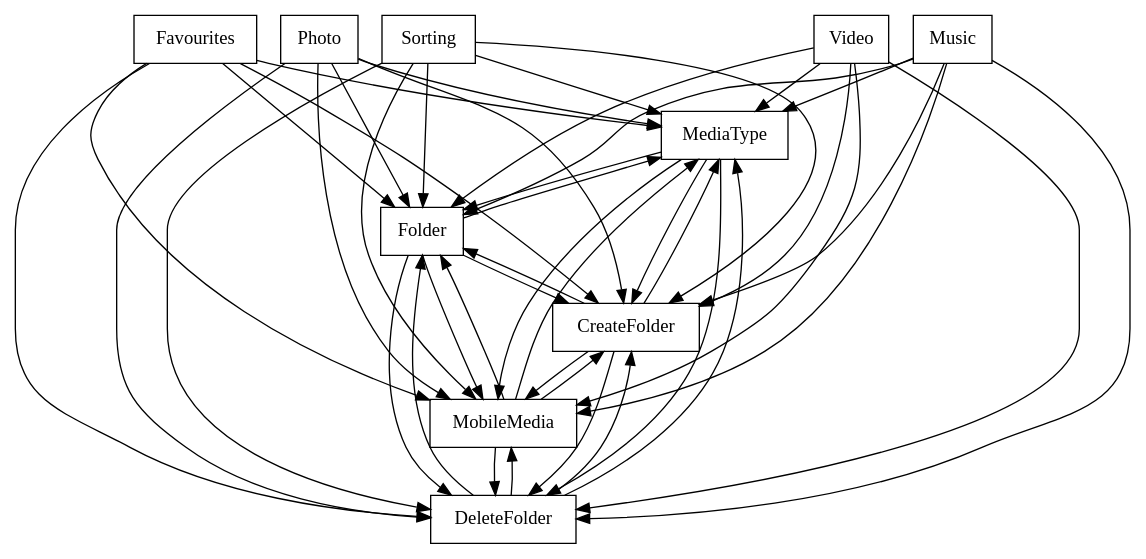
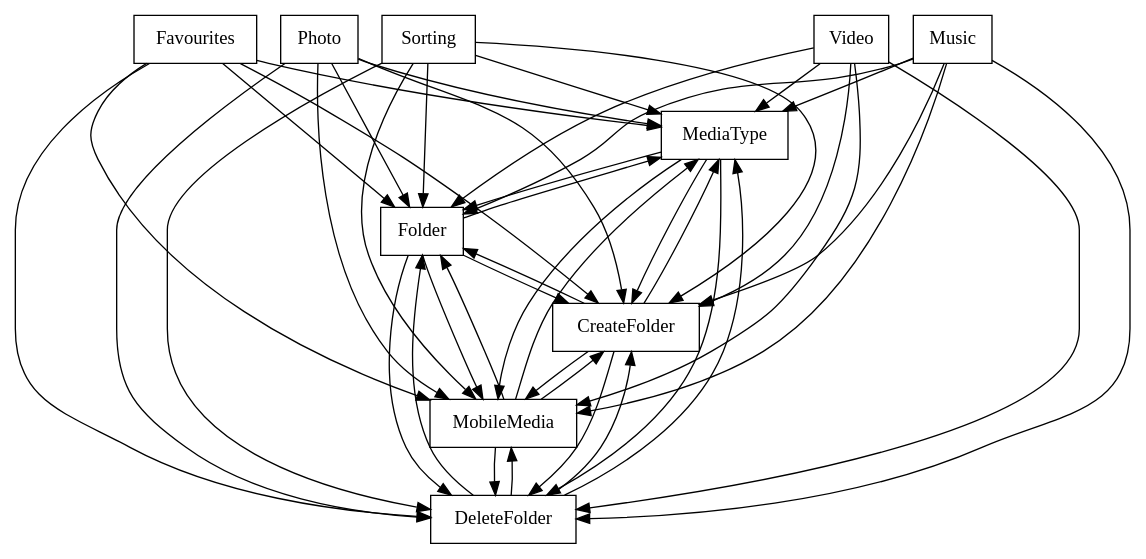
Before and after one commit to FAMILIAR-project/familiar-language: the diagram in FAMILIAR/output/SPLOT-big/fm_138_model_20120202_1596034358.xml.dot, drawn with Graphviz. The commit also changed 199 other files, not shown here.

```diff
--- a/FAMILIAR/output/SPLOT-big/fm_138_model_20120202_1596034358.xml.dot
+++ b/FAMILIAR/output/SPLOT-big/fm_138_model_20120202_1596034358.xml.dot
@@ -1,60 +1,60 @@
 digraph{
 graph [rankdir=TB];
 node [shape=box];
 edge [arrowhead=normal];
 0[label="Sorting",]
-1[label="Favourites",]
-2[label="MediaType",]
+1[label="MediaType",]
+2[label="Favourites",]
 3[label="Folder",]
 4[label="DeleteFolder",]
 5[label="MobileMedia",]
-6[label="Music",]
-7[label="CreateFolder",]
+6[label="CreateFolder",]
+7[label="Music",]
 8[label="Photo",]
 9[label="Video",]
-0->2[label="",]
+0->1[label="",]
 0->3[label="",]
 0->4[label="",]
 0->5[label="",]
-0->7[label="",]
-1->2[label="",]
+0->6[label="",]
 1->3[label="",]
 1->4[label="",]
 1->5[label="",]
-1->7[label="",]
+1->6[label="",]
+2->1[label="",]
 2->3[label="",]
 2->4[label="",]
 2->5[label="",]
-2->7[label="",]
-3->2[label="",]
+2->6[label="",]
+3->1[label="",]
 3->4[label="",]
 3->5[label="",]
-3->7[label="",]
-4->2[label="",]
+3->6[label="",]
+4->1[label="",]
 4->3[label="",]
 4->5[label="",]
-4->7[label="",]
-5->2[label="",]
+4->6[label="",]
+5->1[label="",]
 5->3[label="",]
 5->4[label="",]
-5->7[label="",]
-6->2[label="",]
+5->6[label="",]
+6->1[label="",]
 6->3[label="",]
 6->4[label="",]
 6->5[label="",]
-6->7[label="",]
-7->2[label="",]
+7->1[label="",]
 7->3[label="",]
 7->4[label="",]
 7->5[label="",]
-8->2[label="",]
+7->6[label="",]
+8->1[label="",]
 8->3[label="",]
 8->4[label="",]
 8->5[label="",]
-8->7[label="",]
-9->2[label="",]
+8->6[label="",]
+9->1[label="",]
 9->3[label="",]
 9->4[label="",]
 9->5[label="",]
-9->7[label="",]
+9->6[label="",]
 }
```
